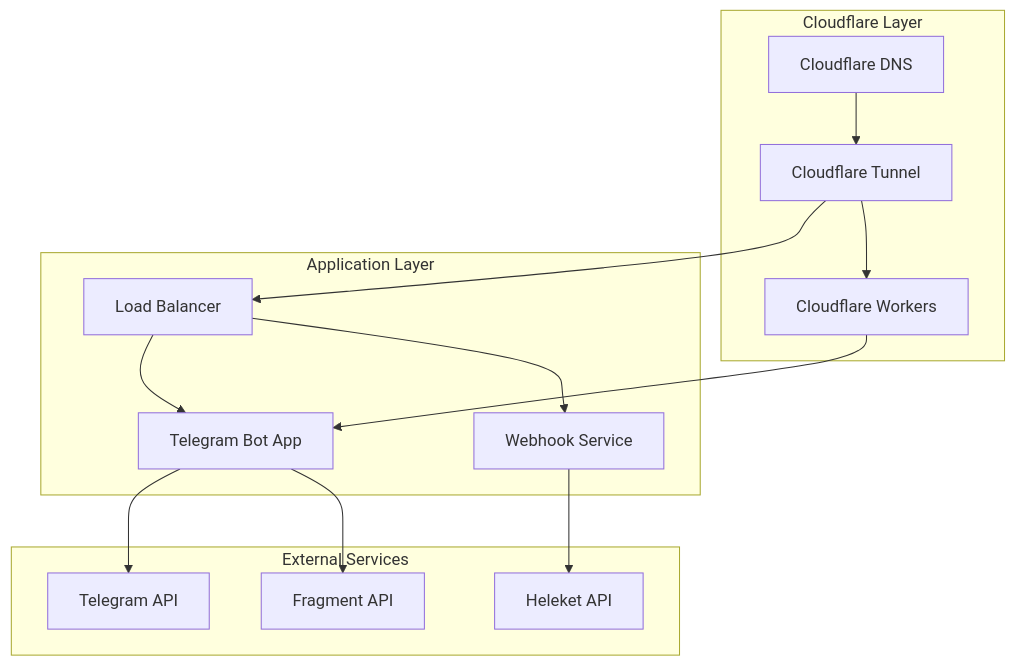
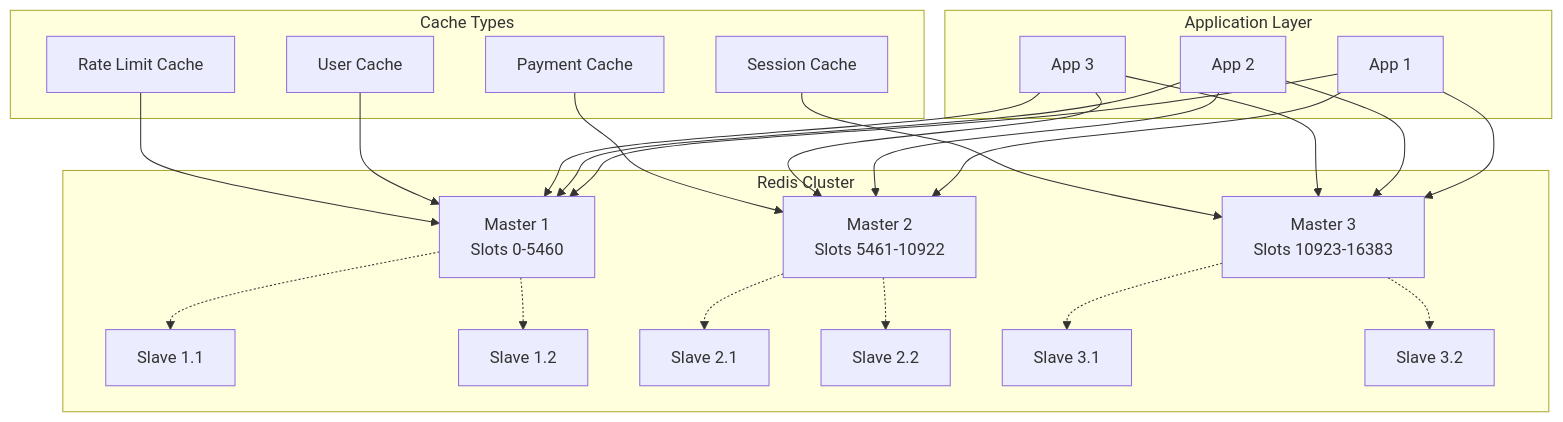
Before and after one commit to neKamita/Mirza-Telegram-Shop-Bot: diagram 14 of 15 in docs/ARCHITECTURE.md, drawn with Mermaid. The commit also changed other lines of this file and 7 other files, not shown here.

````diff
--- a/docs/ARCHITECTURE.md
+++ b/docs/ARCHITECTURE.md
@@ -526,33 +882,52 @@
 ```mermaid
 graph TB
-    subgraph "Cloudflare Layer"
-        CF_T[Cloudflare Tunnel]
-        CF_W[Cloudflare Workers]
-        CF_DNS[Cloudflare DNS]
+    subgraph "Redis Cluster"
+        MASTER1[Master 1<br/>Slots 0-5460]
+        MASTER2[Master 2<br/>Slots 5461-10922]
+        MASTER3[Master 3<br/>Slots 10923-16383]
+
+        SLAVE1_1[Slave 1.1]
+        SLAVE1_2[Slave 1.2]
+        SLAVE2_1[Slave 2.1]
+        SLAVE2_2[Slave 2.2]
+        SLAVE3_1[Slave 3.1]
+        SLAVE3_2[Slave 3.2]
     end
-    
+
     subgraph "Application Layer"
-        NGINX[Load Balancer]
-        APP[Telegram Bot App]
-        WEBHOOK[Webhook Service]
+        APP1[App 1]
+        APP2[App 2]
+        APP3[App 3]
     end
-    
-    subgraph "External Services"
-        TG[Telegram API]
-        HELEKET[Heleket API]
-        FRAGMENT[Fragment API]
+
+    subgraph "Cache Types"
+        USER_CACHE[User Cache]
+        PAYMENT_CACHE[Payment Cache]
+        SESSION_CACHE[Session Cache]
+        RATE_LIMIT_CACHE[Rate Limit Cache]
     end
-    
-    CF_DNS --> CF_T
-    CF_T --> NGINX
-    CF_T --> CF_W
-    
-    NGINX --> APP
-    NGINX --> WEBHOOK
-    
-    APP --> TG
-    WEBHOOK --> HELEKET
-    APP --> FRAGMENT
-    
-    CF_W --> APP
+
+    APP1 --> MASTER1
+    APP1 --> MASTER2
+    APP1 --> MASTER3
+
+    APP2 --> MASTER1
+    APP2 --> MASTER2
+    APP2 --> MASTER3
+
+    APP3 --> MASTER1
+    APP3 --> MASTER2
+    APP3 --> MASTER3
+
+    MASTER1 -.-> SLAVE1_1
+    MASTER1 -.-> SLAVE1_2
+    MASTER2 -.-> SLAVE2_1
+    MASTER2 -.-> SLAVE2_2
+    MASTER3 -.-> SLAVE3_1
+    MASTER3 -.-> SLAVE3_2
+
+    USER_CACHE --> MASTER1
+    PAYMENT_CACHE --> MASTER2
+    SESSION_CACHE --> MASTER3
+    RATE_LIMIT_CACHE --> MASTER1
 ```
````
